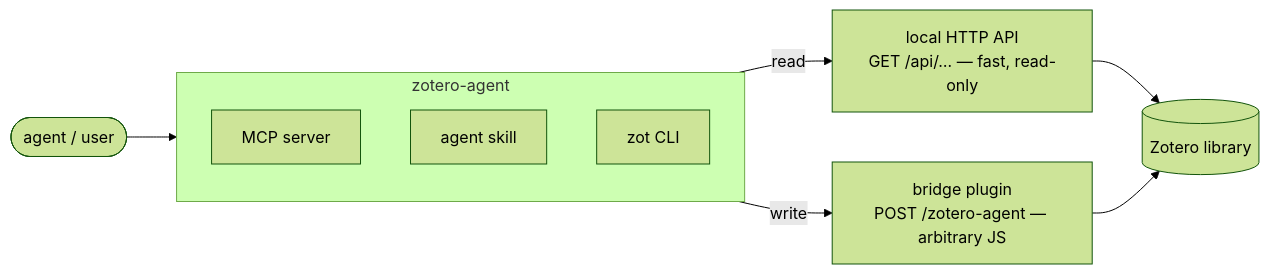
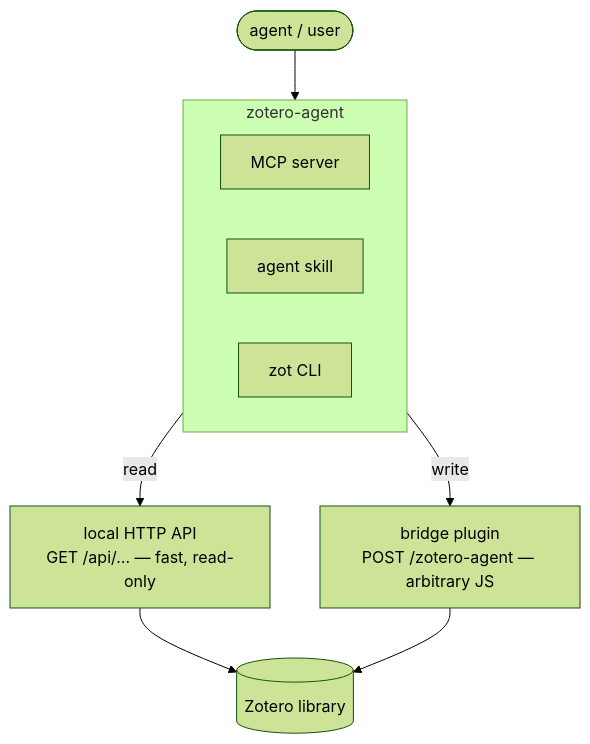
Before and after one commit to alex-roc/zotero-agent: the diagram in docs/architecture.md, drawn with Mermaid (forest theme). The commit also changed 1 other file, not shown here.

Commit message:
docs: vertical (TD) architecture diagram; merge skill+AGENTS into 'agent skill'

````diff
--- a/docs/architecture.md
+++ b/docs/architecture.md
@@ -3,19 +3,19 @@
 ```mermaid
-flowchart LR
+flowchart TD
     U(["agent / user"])
     subgraph SURF ["zotero-agent"]
-        direction TB
+        direction LR
         MCP["MCP server"]
         SKILL["agent skill"]
         CLI["zot CLI"]
     end
     READ["local HTTP API<br/>GET /api/… — fast, read-only"]
     WRITE["bridge plugin<br/>POST /zotero-agent — arbitrary JS"]
     LIB[("Zotero library")]
 
     U --> SURF
     SURF -->|read| READ
     SURF -->|write| WRITE
     READ --> LIB
     WRITE --> LIB
 ```
````
